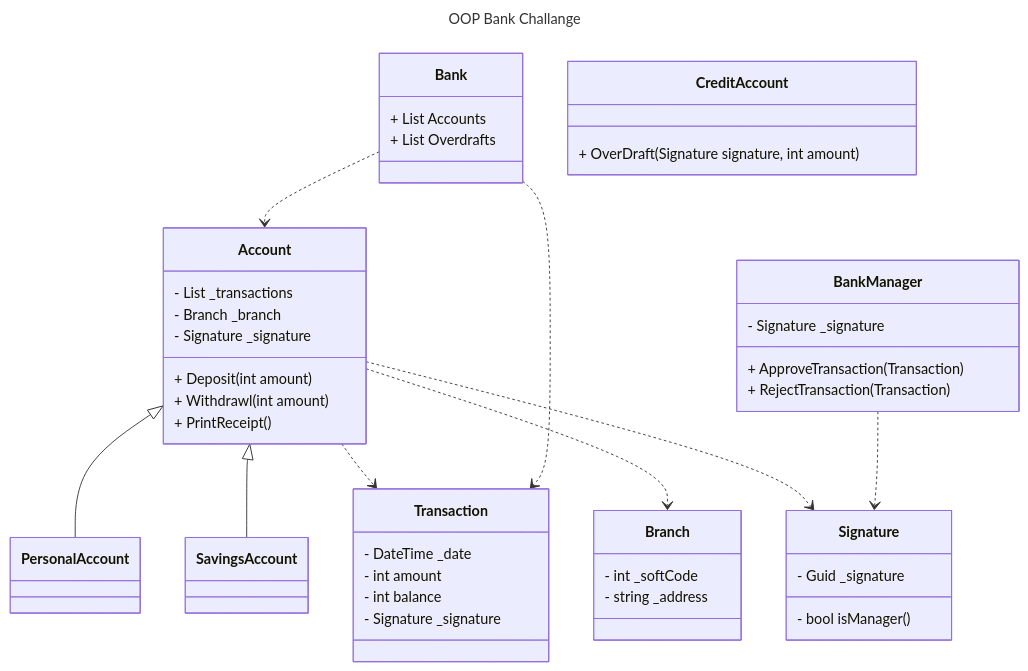
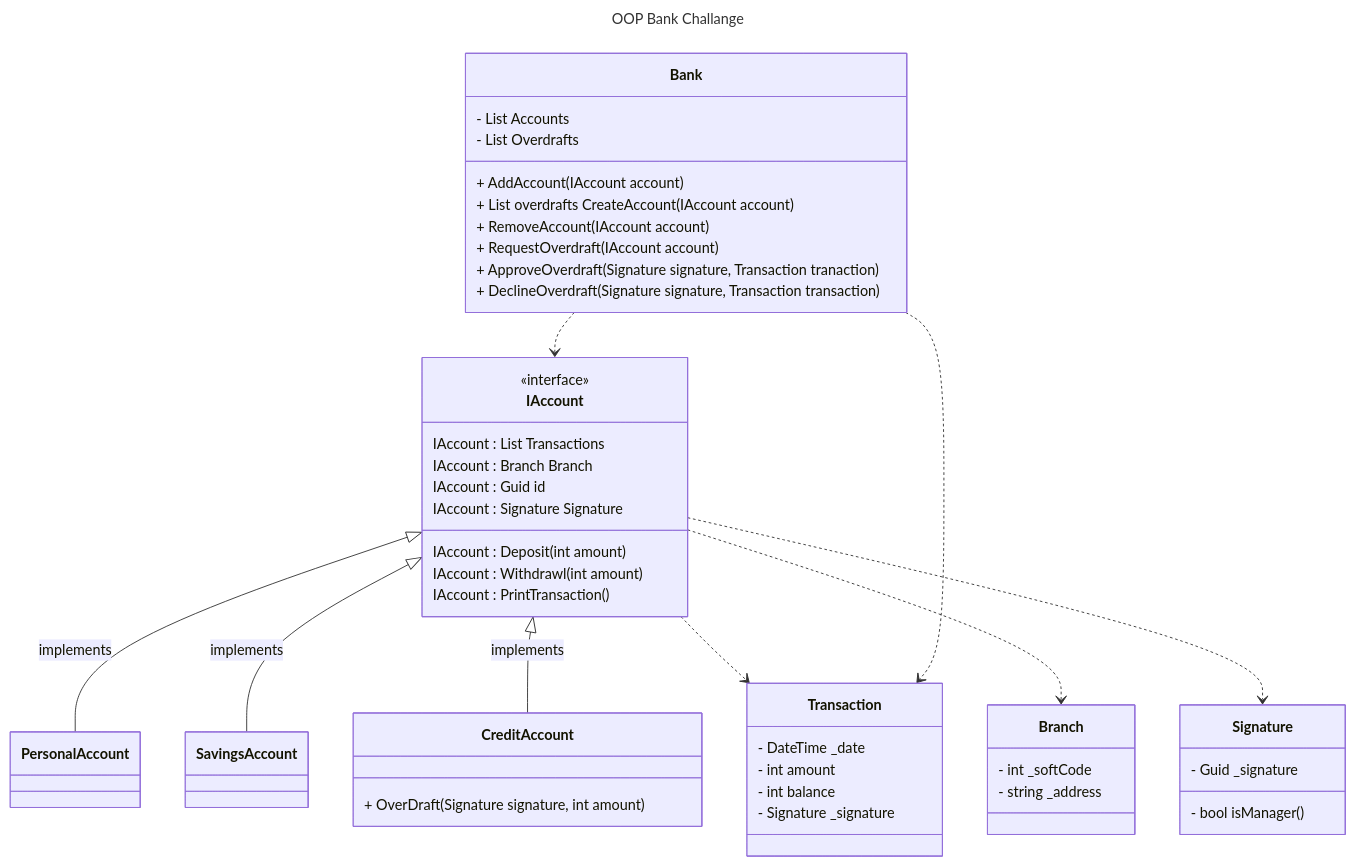
One commit to boolean-uk/csharp-tdd-oop-bank-challenge changed the diagram in class-diagram.mmd. Above: the diagram before and after it, drawn with Mermaid. The commit also changed 3 other files, not shown here.

Commit message:
Revised domain-model & class-diagram

```diff
--- a/class-diagram.mmd
+++ b/class-diagram.mmd
@@ -1,56 +1,57 @@
 ---
 title: OOP Bank Challange
 ---
 classDiagram
     
-    Account<|--PersonalAccount
-    Account<|--SavingsAccount
+    IAccount<|--PersonalAccount : implements
+    IAccount<|--SavingsAccount : implements
+    IAccount<|--CreditAccount : implements
 
-    Account..>Transaction
-    Account..>Branch
-    Account..>Signature
+    IAccount..>Transaction
+    IAccount..>Branch
+    IAccount..>Signature
 
-    BankManager..>Signature
-
-    Bank..>Account
+    Bank..>IAccount
     Bank..>Transaction
 
-    class Account{
-    - List<Transaction> _transactions
-    - Branch _branch
-    - Signature _signature
-    + Deposit(int amount)
-    + Withdrawl(int amount)
-    + PrintReceipt()
+    class IAccount {
+    <<interface>>
+    IAccount : List<Transaction> Transactions
+    IAccount : Branch Branch
+    IAccount : Guid id
+    IAccount : Signature Signature
+    IAccount : Deposit(int amount)
+    IAccount : Withdrawl(int amount)
+    IAccount : PrintTransaction()
     }
     class PersonalAccount{
     }
     class SavingsAccount{
     }
     class CreditAccount{
     + OverDraft(Signature signature, int amount)
     }
     class Transaction {
     - DateTime _date
     - int amount
     - int balance
     - Signature _signature 
     }
-    class BankManager {
-    - Signature _signature
-    + ApproveTransaction(Transaction)
-    + RejectTransaction(Transaction)
-
-    }
     class Signature {
     - Guid _signature
     - bool isManager()
     }
     class Branch {
     - int _softCode
     - string _address
     }
     class Bank{
-    + List<Accounts> Accounts
-    + List<Transaction> Overdrafts
+    - List<IAccount> Accounts
+    - List<Transaction> Overdrafts
+    + AddAccount(IAccount account)
+    + List overdrafts	CreateAccount(IAccount account)
+    + RemoveAccount(IAccount account)
+    + RequestOverdraft(IAccount account)
+    + ApproveOverdraft(Signature signature, Transaction tranaction)	
+    + DeclineOverdraft(Signature signature, Transaction transaction)
     }
```
